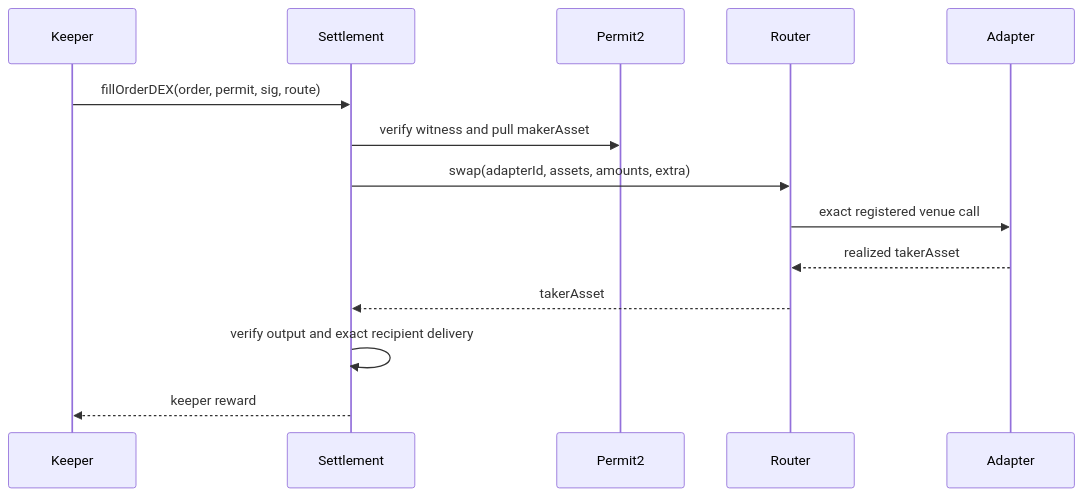
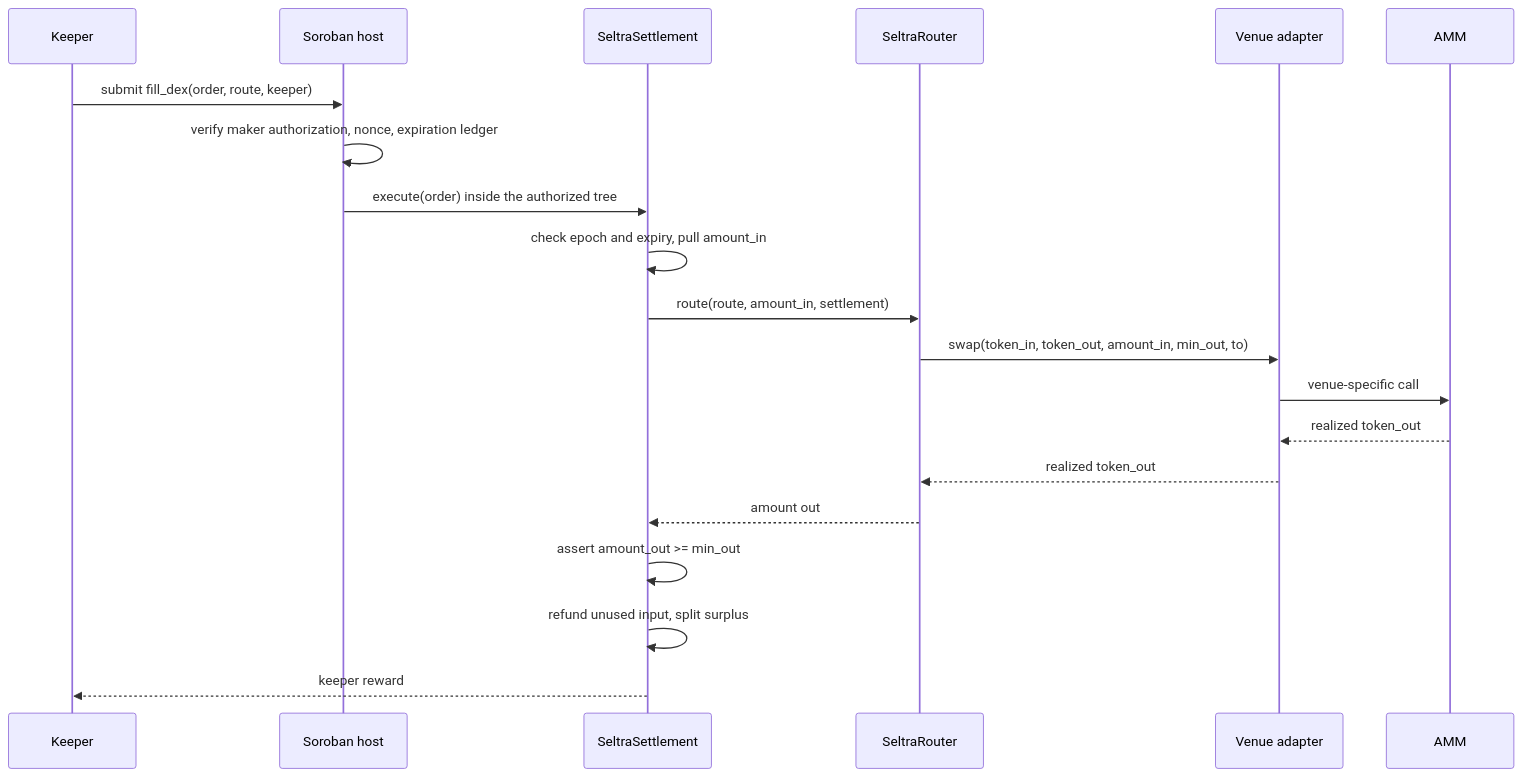
Before and after one commit to zadworny/Limit-Order-Frontend: the diagram in content/docs/concepts/dex-settlement.md, drawn with Mermaid. The commit also changed other lines of this file and 47 other files, not shown here.

````diff
--- a/content/docs/concepts/dex-settlement.md
+++ b/content/docs/concepts/dex-settlement.md
@@ -10,16 +10,23 @@
 ```mermaid
 sequenceDiagram
     participant K as Keeper
-    participant S as Settlement
-    participant P as Permit2
-    participant R as Router
-    participant A as Adapter
-    K->>S: fillOrderDEX(order, permit, sig, route)
-    S->>P: verify witness and pull makerAsset
-    S->>R: swap(adapterId, assets, amounts, extra)
-    R->>A: exact registered venue call
-    A-->>R: realized takerAsset
-    R-->>S: takerAsset
-    S->>S: verify output and exact recipient delivery
+    participant H as Soroban host
+    participant S as SeltraSettlement
+    participant R as SeltraRouter
+    participant A as Venue adapter
+    participant V as AMM
+
+    K->>H: submit fill_dex(order, route, keeper)
+    H->>H: verify maker authorization, nonce, expiration ledger
+    H->>S: execute(order) inside the authorized tree
+    S->>S: check epoch and expiry, pull amount_in
+    S->>R: route(route, amount_in, settlement)
+    R->>A: swap(token_in, token_out, amount_in, min_out, to)
+    A->>V: venue-specific call
+    V-->>A: realized token_out
+    A-->>R: realized token_out
+    R-->>S: amount out
+    S->>S: assert amount_out >= min_out
+    S->>S: refund unused input, split surplus
     S-->>K: keeper reward
 ```
````
